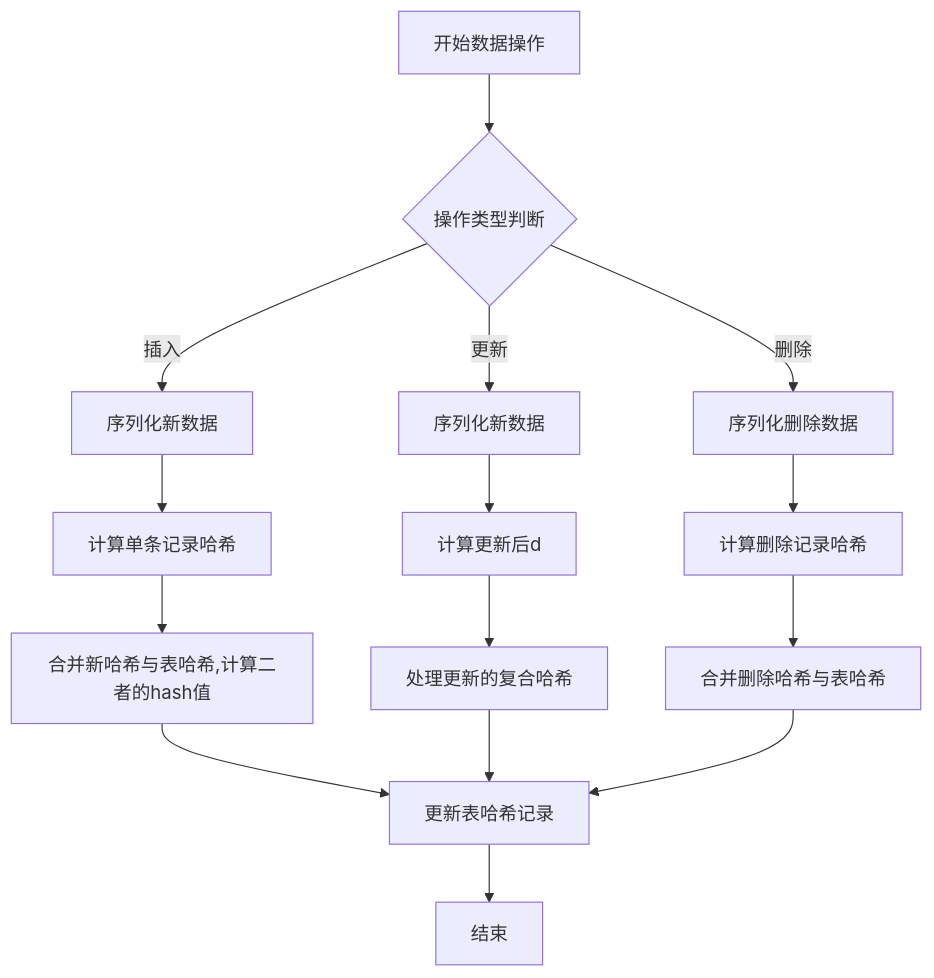
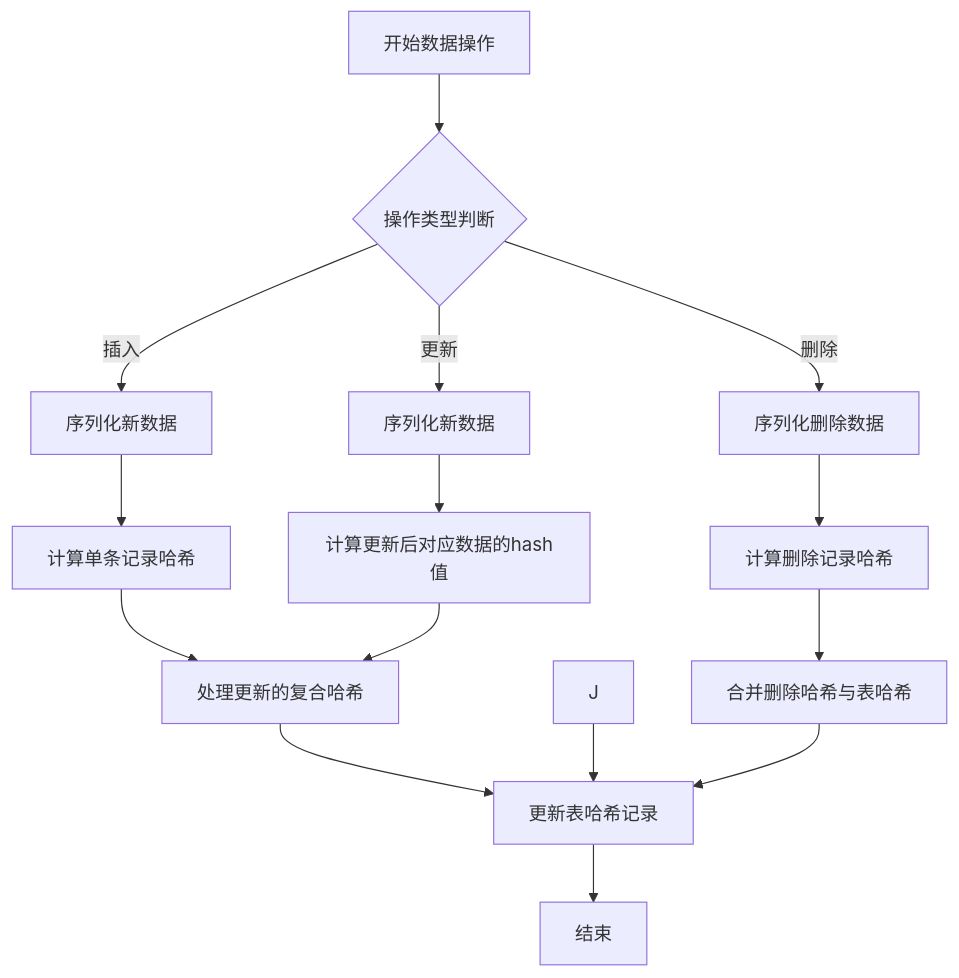
Before and after one commit to yingjianzh/iodraw-files: the diagram in all/未命名-63.md, drawn with Mermaid.

Commit message:
2025-05-19 15:01:51 update

````diff
--- a/all/未命名-63.md
+++ b/all/未命名-63.md
@@ -1,21 +1,21 @@
 ```mermaid
 flowchart TD
     A[开始数据操作] --> B{操作类型判断}
     B -->|插入| C[序列化新数据]
     B -->|更新| D[序列化新数据]
     B -->|删除| E[序列化删除数据]
     
     C --> F[计算单条记录哈希]
-    D --> G[计算更新后d]
+    D --> G[计算更新后对应数据的hash值]
     E --> H[计算删除记录哈希]
     
     F --> I[合并新哈希与表哈希,计算二者的hash值]
-    G --> J[处理更新的复合哈希]
+    G --> I[处理更新的复合哈希]
     H --> K[合并删除哈希与表哈希]
     
     I --> L[更新表哈希记录]
     J --> L
     K --> L
     
     L --> M[结束]
 ```
````
